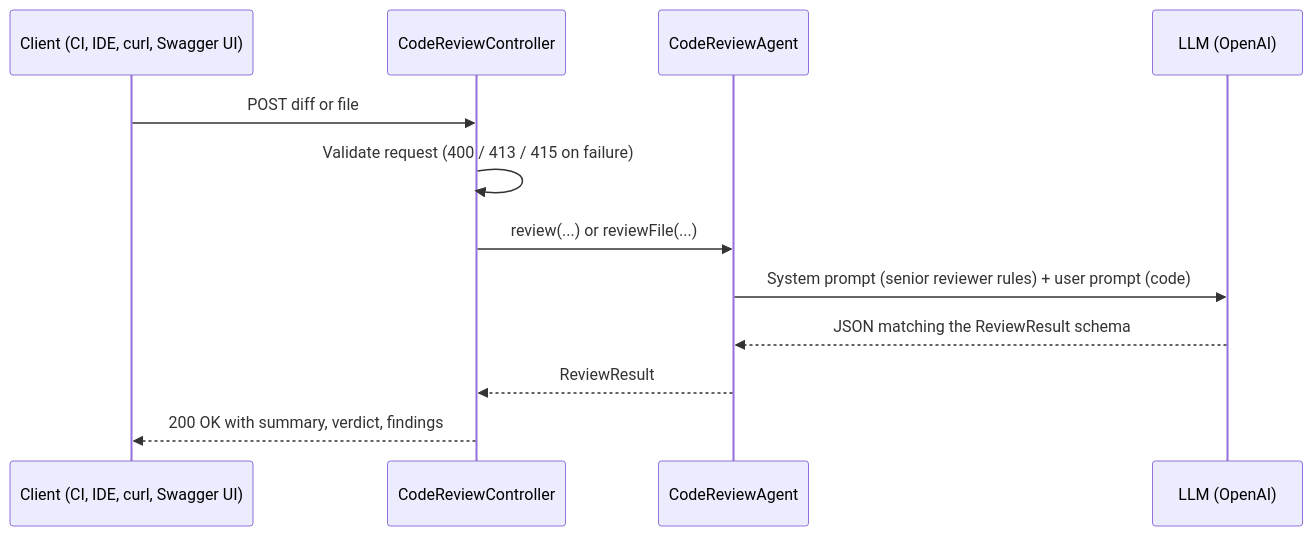
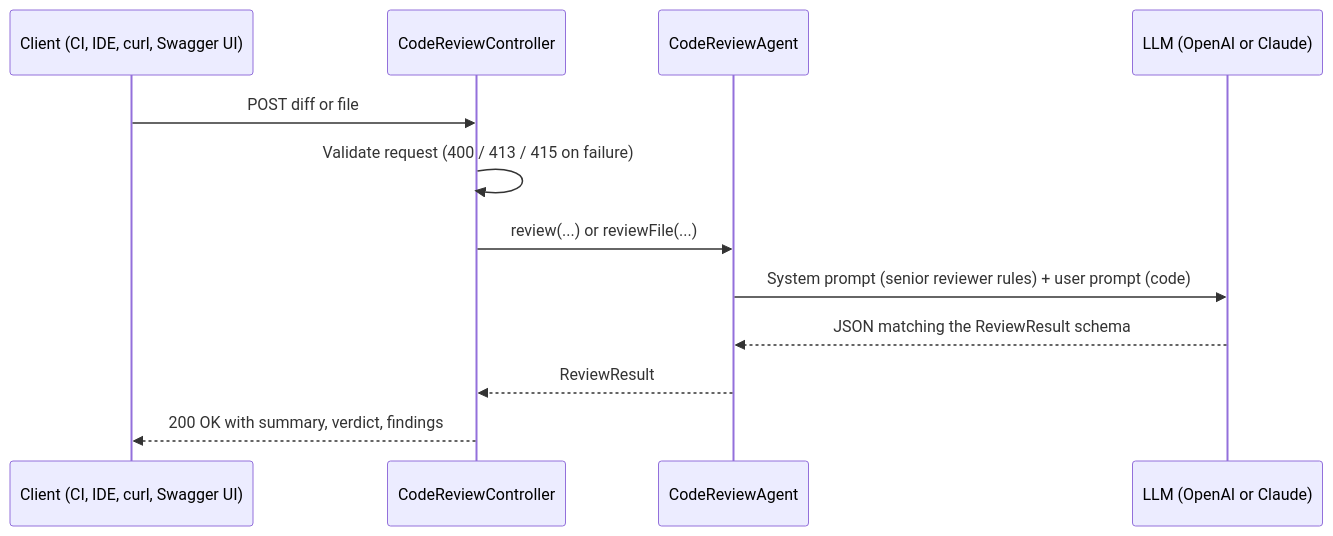
The diagram in README.md (tufangorel/spring-boot-ai-sdlc-code-review-agent), drawn with Mermaid before and after one commit. The commit also changed other lines of this file and 7 other files, not shown here.

First line of the commit message:
Make the AI provider configurable: OpenAI or Anthropic Claude

````diff
--- a/README.md
+++ b/README.md
@@ -82,15 +111,15 @@
 ```mermaid
 sequenceDiagram
     participant Client as Client (CI, IDE, curl, Swagger UI)
     participant API as CodeReviewController
     participant Agent as CodeReviewAgent
-    participant LLM as LLM (OpenAI)
+    participant LLM as LLM (OpenAI or Claude)
 
     Client->>API: POST diff or file
     API->>API: Validate request (400 / 413 / 415 on failure)
     API->>Agent: review(...) or reviewFile(...)
     Agent->>LLM: System prompt (senior reviewer rules) + user prompt (code)
     LLM-->>Agent: JSON matching the ReviewResult schema
     Agent-->>API: ReviewResult
     API-->>Client: 200 OK with summary, verdict, findings
 ```
````
